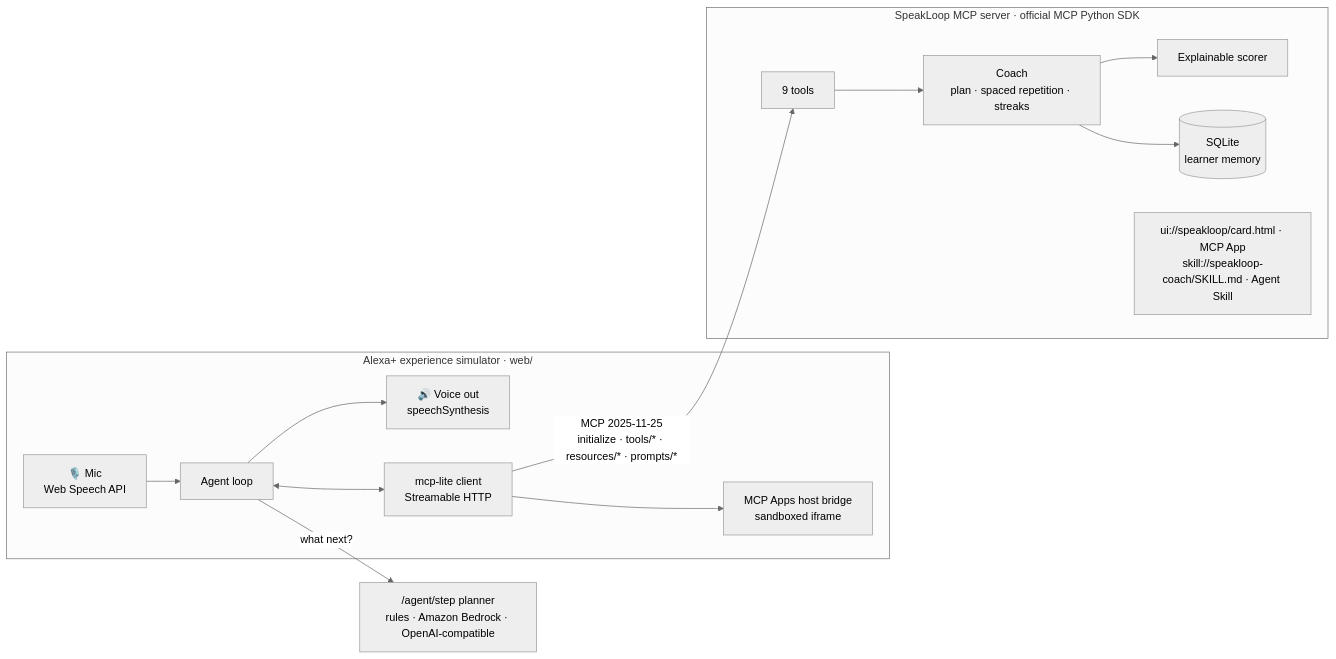
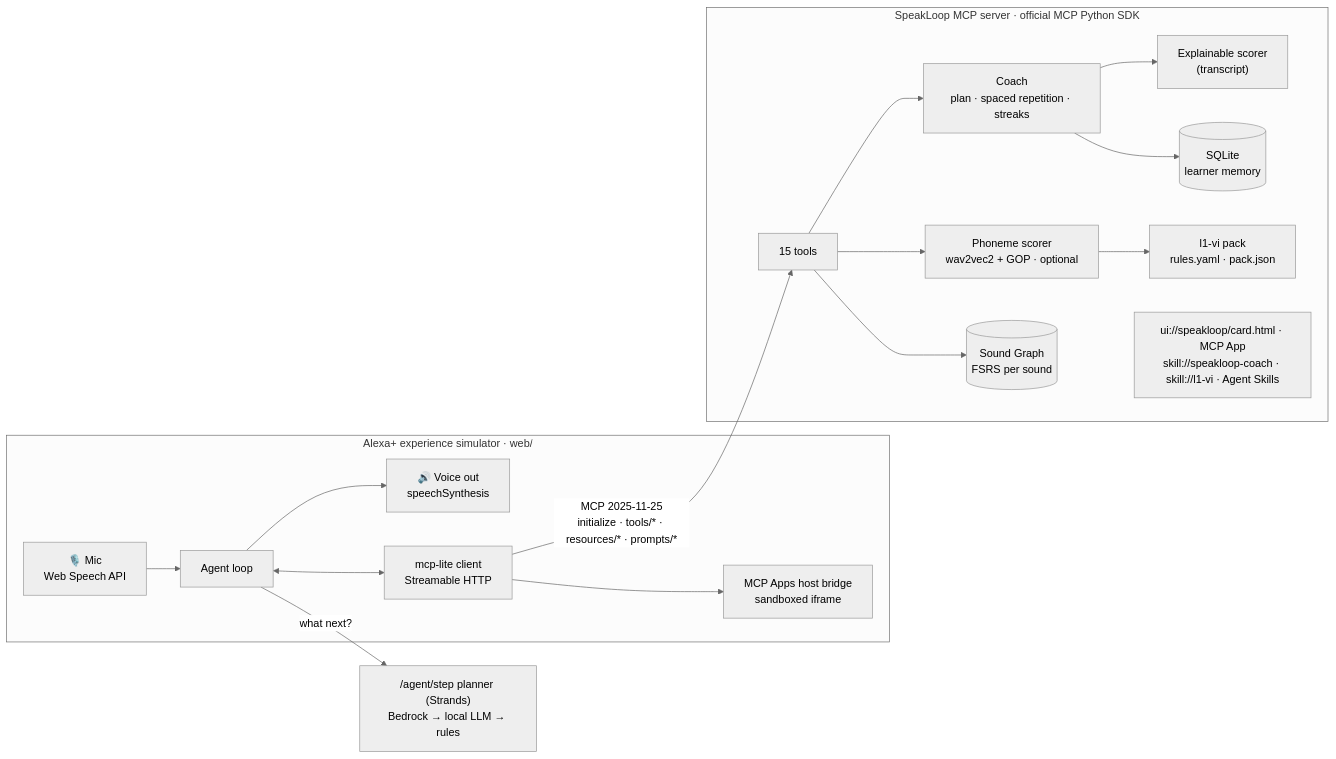
One commit to ducvuathuduc/speakloop changed the first of 2 diagrams in README.md. Above: the diagram before and after it, drawn with Mermaid (neutral theme). The commit also changed other lines of this file and 10 other files, not shown here.

Commit message:
docs+ci: README for v0.2.0 (honest hero caption, 15 tools, benchmark on main, Support), architecture SVG, CI with espeak-ng + vitest, Pages site, FUNDING placeholder, CHANGELOG 0.2.0

````diff
--- a/README.md
+++ b/README.md
@@ -173,17 +195,20 @@
 ```mermaid
 flowchart LR
   subgraph Browser["Alexa+ experience simulator · web/"]
     MIC["🎙️ Mic<br/>Web Speech API"] --> LOOP["Agent loop"]
     LOOP --> TTS["🔊 Voice out<br/>speechSynthesis"]
     LOOP <--> MCPC["mcp-lite client<br/>Streamable HTTP"]
     MCPC --> BRIDGE["MCP Apps host bridge<br/>sandboxed iframe"]
   end
-  LOOP -- "what next?" --> PLAN["/agent/step planner<br/>rules · Amazon Bedrock · OpenAI-compatible"]
+  LOOP -- "what next?" --> PLAN["/agent/step planner (Strands)<br/>Bedrock → local LLM → rules"]
   MCPC -- "MCP 2025-11-25<br/>initialize · tools/* · resources/* · prompts/*" --> TOOLS
   subgraph SRV["SpeakLoop MCP server · official MCP Python SDK"]
-    TOOLS["9 tools"] --> COACH["Coach<br/>plan · spaced repetition · streaks"]
-    COACH --> SCORE["Explainable scorer"]
+    TOOLS["15 tools"] --> COACH["Coach<br/>plan · spaced repetition · streaks"]
+    COACH --> SCORE["Explainable scorer<br/>(transcript)"]
     COACH --> DB[("SQLite<br/>learner memory")]
-    RES["ui://speakloop/card.html · MCP App<br/>skill://speakloop-coach/SKILL.md · Agent Skill"]
+    TOOLS --> PHON["Phoneme scorer<br/>wav2vec2 + GOP · optional"]
+    PHON --> PACK["l1-vi pack<br/>rules.yaml · pack.json"]
+    TOOLS --> SG[("Sound Graph<br/>FSRS per sound")]
+    RES["ui://speakloop/card.html · MCP App<br/>skill://speakloop-coach · skill://l1-vi · Agent Skills"]
   end
 ```
````
